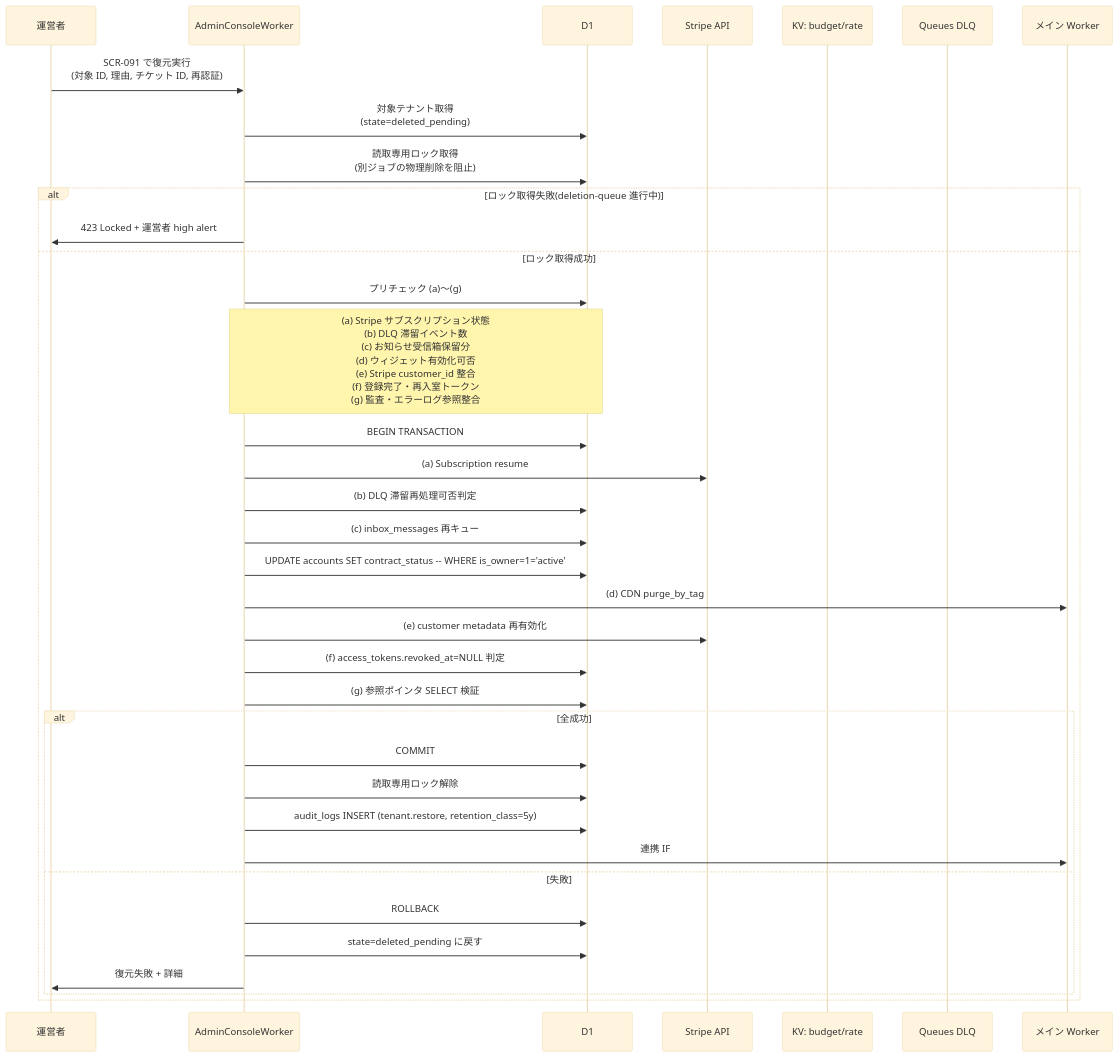
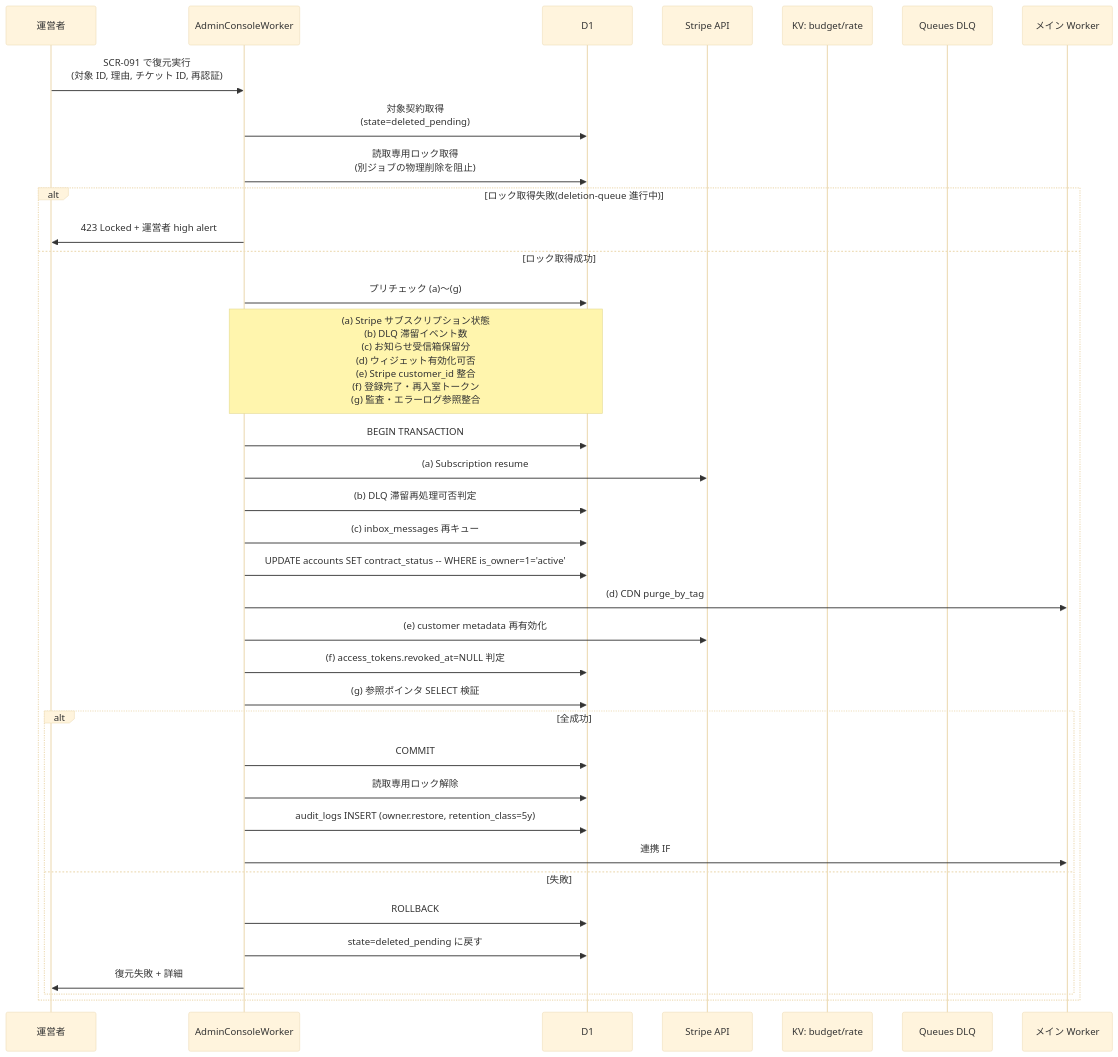
One commit to sikakou54/open-faq changed diagram 14 of 25 in 02_admin/02_basic_design.md. Above: the diagram before and after it, drawn with Mermaid (base theme). The commit also changed other lines of this file and 22 other files, not shown here.

````diff
--- a/02_admin/02_basic_design.md
+++ b/02_admin/02_basic_design.md
@@ -1316,39 +1316,39 @@
 ```mermaid
 sequenceDiagram
     participant Op as 運営者
     participant Admin as AdminConsoleWorker
     participant D1 as D1
     participant Stripe as Stripe API
     participant KV as KV: budget/rate
     participant DLQ as Queues DLQ
     participant Main as メイン Worker
 
     Op->>Admin: SCR-091 で復元実行<br/>(対象 ID, 理由, チケット ID, 再認証)
-    Admin->>D1: 対象テナント取得<br/>(state=deleted_pending)
+    Admin->>D1: 対象契約取得<br/>(state=deleted_pending)
     Admin->>D1: 読取専用ロック取得<br/>(別ジョブの物理削除を阻止)
     alt ロック取得失敗(deletion-queue 進行中)
         Admin->>Op: 423 Locked + 運営者 high alert
     else ロック取得成功
         Admin->>D1: プリチェック (a)〜(g)
         Note over Admin,D1: (a) Stripe サブスクリプション状態<br/>(b) DLQ 滞留イベント数<br/>(c) お知らせ受信箱保留分<br/>(d) ウィジェット有効化可否<br/>(e) Stripe customer_id 整合<br/>(f) 登録完了・再入室トークン<br/>(g) 監査・エラーログ参照整合
         Admin->>D1: BEGIN TRANSACTION
         Admin->>Stripe: (a) Subscription resume
         Admin->>D1: (b) DLQ 滞留再処理可否判定
         Admin->>D1: (c) inbox_messages 再キュー
         Admin->>D1: UPDATE accounts SET contract_status -- WHERE is_owner=1='active'
         Admin->>Main: (d) CDN purge_by_tag
         Admin->>Stripe: (e) customer metadata 再有効化
         Admin->>D1: (f) access_tokens.revoked_at=NULL 判定
         Admin->>D1: (g) 参照ポインタ SELECT 検証
         alt 全成功
             Admin->>D1: COMMIT
             Admin->>D1: 読取専用ロック解除
-            Admin->>D1: audit_logs INSERT (tenant.restore, retention_class=5y)
+            Admin->>D1: audit_logs INSERT (owner.restore, retention_class=5y)
             Admin->>Main: 連携 IF #12 で運営者操作通知発火(FR-211)
         else 失敗
             Admin->>D1: ROLLBACK
             Admin->>D1: state=deleted_pending に戻す
             Admin->>Op: 復元失敗 + 詳細
         end
     end
 ```
````
